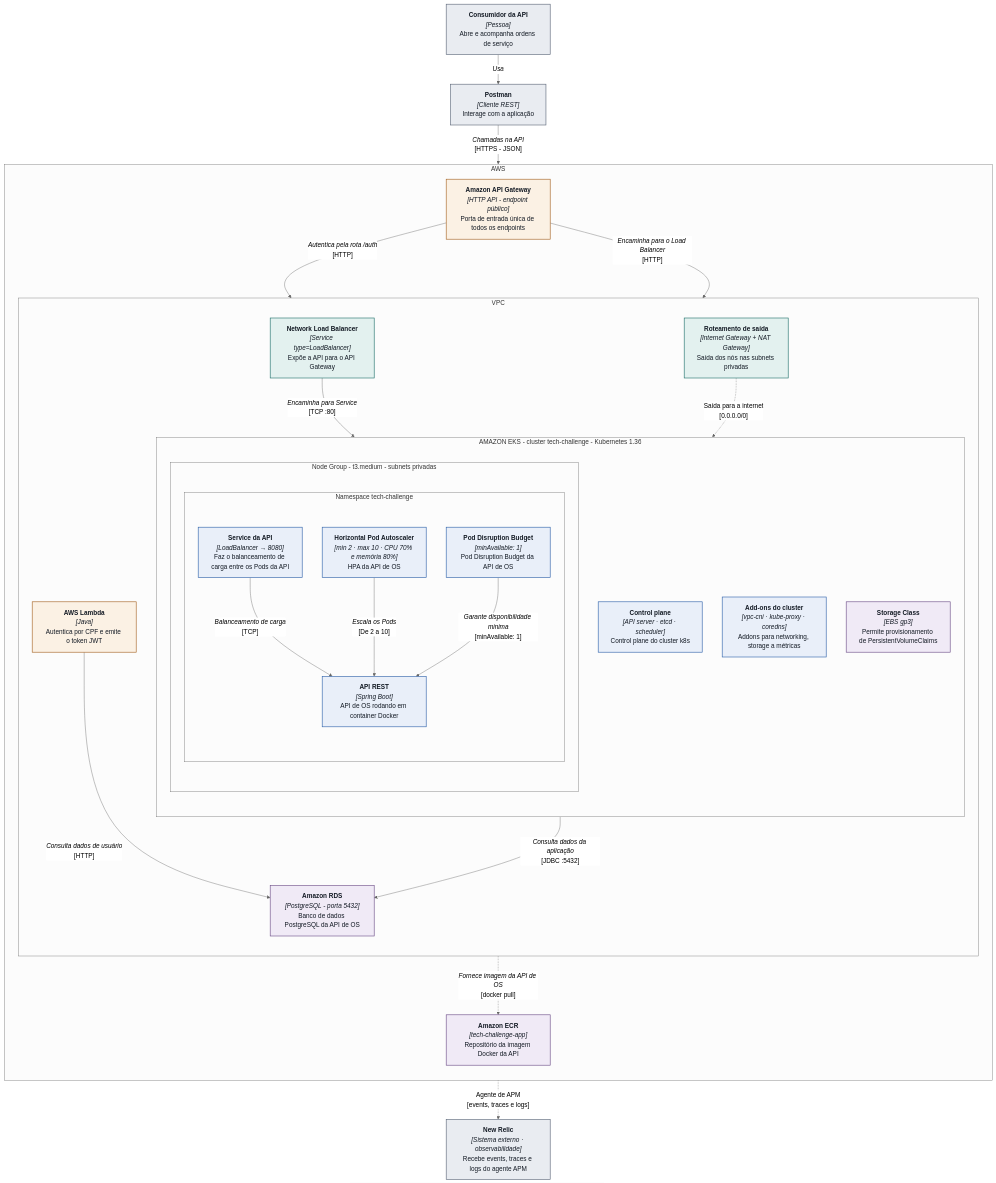
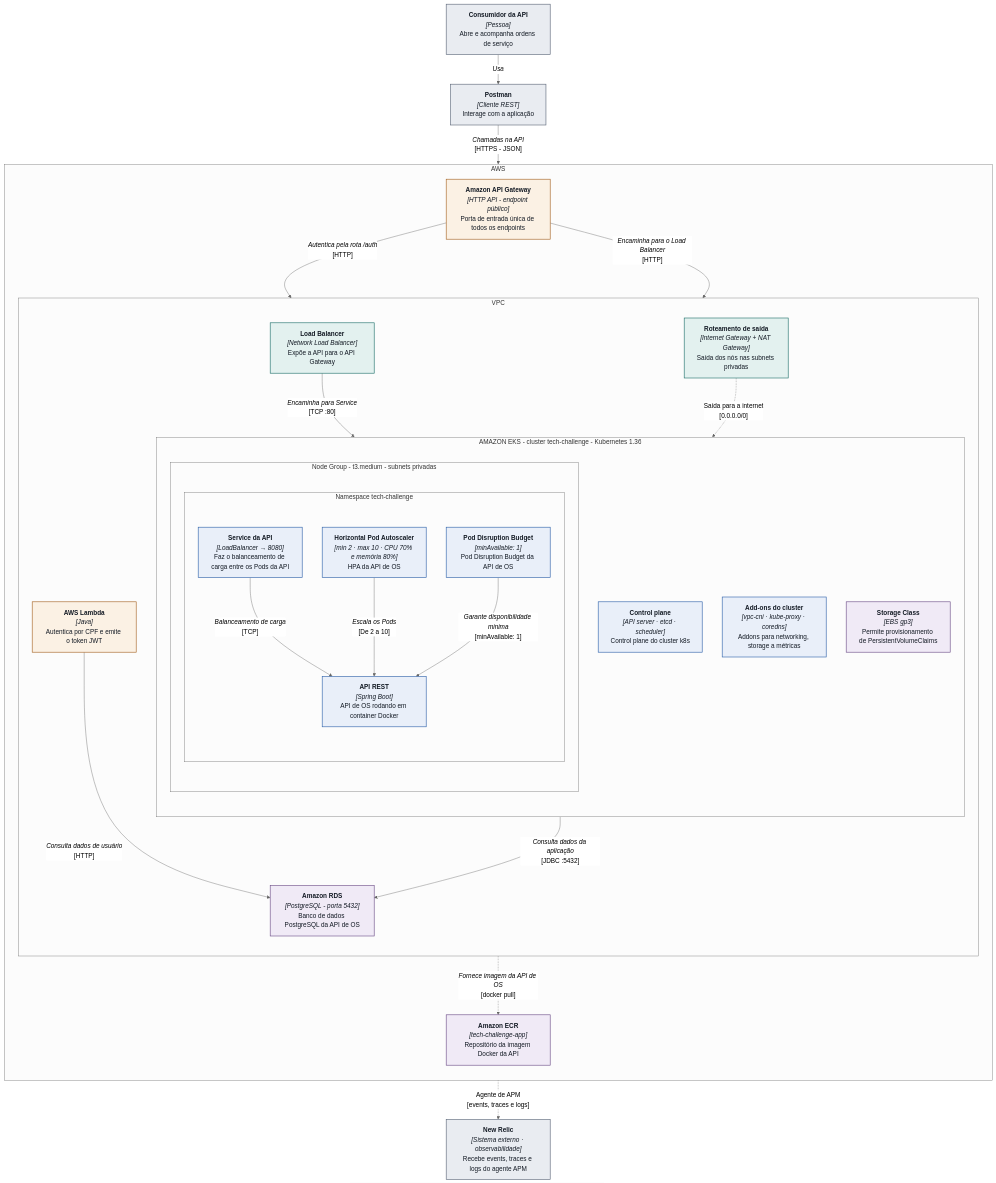
Before and after one commit to rafaelllsilva/fiap-fase3-infraestrutura: the diagram in docs/diagrama-componentes-c4.md, drawn with Mermaid (neutral theme). The commit also changed 2 other files, not shown here.

Commit message:
Atualizado diagrama de componentes com versão em PNG

````diff
--- a/docs/diagrama-componentes-c4.md
+++ b/docs/diagrama-componentes-c4.md
@@ -7,69 +7,69 @@
 ```mermaid
 flowchart TB
   classDef externo    fill:#E9ECF1,stroke:#5A6577,stroke-width:1.5px,color:#131A24
   classDef borda      fill:#FBF1E4,stroke:#A4611F,stroke-width:1.5px,color:#131A24
   classDef rede       fill:#E3F1EF,stroke:#1B6E68,stroke-width:1.5px,color:#131A24
   classDef k8s        fill:#E9EFF9,stroke:#2B5FA8,stroke-width:1.5px,color:#131A24
   classDef dados      fill:#F0EAF6,stroke:#6A4A85,stroke-width:1.5px,color:#131A24
 
   pessoa["<b>Consumidor da API</b><br/><i>[Pessoa]</i><br/>Abre e acompanha ordens de serviço"]
   postman["<b>Postman</b><br/><i>[Cliente REST]</i><br/>Interage com a aplicação"]
   newrelic["<b>New Relic</b><br/><i>[Sistema externo · observabilidade]</i><br/>Recebe events, traces e logs do agente APM"]
 
   subgraph aws["AWS"]
     direction TB
 
     apigw["<b>Amazon API Gateway</b><br/><i>[HTTP API - endpoint público]</i><br/>Porta de entrada única de todos os endpoints"]
     ecr["<b>Amazon ECR</b><br/><i>[tech-challenge-app]</i><br/>Repositório da imagem Docker da API"]
 
     subgraph vpc["VPC"]
       direction TB
 
-      nlb["<b>Network Load Balancer</b><br/><i>[Service type=LoadBalancer]</i><br/>Expõe a API para o API Gateway"]
+      nlb["<b>Load Balancer</b><br/><i>[Network Load Balancer]</i><br/>Expõe a API para o API Gateway"]
       rota["<b>Roteamento de saída</b><br/><i>[Internet Gateway + NAT Gateway]</i><br/>Saída dos nós nas subnets privadas"]
       rds["<b>Amazon RDS</b><br/><i>[PostgreSQL - porta 5432]</i><br/>Banco de dados PostgreSQL da API de OS"]
       lambda["<b>AWS Lambda</b><br/><i>[Java]</i><br/>Autentica por CPF e emite o token JWT"]
 
       subgraph eks["AMAZON EKS - cluster tech-challenge - Kubernetes 1.36"]
         direction TB
 
         cp["<b>Control plane</b><br/><i>[API server · etcd · scheduler]</i><br/>Control plane do cluster k8s"]
         addons["<b>Add-ons do cluster</b><br/><i>[vpc-cni · kube-proxy · coredns]</i><br/>Addons para networking, storage a métricas"]
         sc["<b>Storage Class</b><br/><i>[EBS gp3]</i><br/>Permite provisionamento de PersistentVolumeClaims"]
 
         subgraph ng["Node Group - t3.medium - subnets privadas"]
           direction TB
 
           subgraph ns["Namespace tech-challenge"]
             direction TB
 
             svcapi["<b>Service da API</b><br/><i>[LoadBalancer → 8080]</i><br/>Faz o balanceamento de carga entre os Pods da API"]
             hpa["<b>Horizontal Pod Autoscaler</b><br/><i>[min 2 · max 10 · CPU 70% e memória 80%]</i><br/>HPA da API de OS"]
             pdb["<b>Pod Disruption Budget</b><br/><i>[minAvailable: 1]</i><br/>Pod Disruption Budget da API de OS"]
             app["<b>API REST</b><br/><i>[Spring Boot]</i><br/>API de OS rodando em container Docker"]
           end
         end
       end
     end
   end
 
   pessoa   -->|"<i>Usa</i>"| postman
   postman  -->|"<i>Chamadas na API</i></br>[HTTPS - JSON]"| apigw
   apigw    -->|"<i>Autentica pela rota /auth</i></br>[HTTP]"| lambda
   apigw    -->|"<i>Encaminha para o Load Balancer</i></br>[HTTP]"| nlb
   lambda   -->|"<i>Consulta dados de usuário</i></br>[HTTP]"| rds
   nlb      -->|"<i>Encaminha para Service</i></br>[TCP :80]"| svcapi
   svcapi   -->|"<i>Balanceamento de carga</i></br>[TCP]"| app
   hpa      -->|"<i>Escala os Pods</i></br>[De 2 a 10]"| app
   pdb      -->|"<i>Garante disponibilidade minima</i></br>[minAvailable: 1]"| app
   app      -->|"<i>Consulta dados da aplicação</i></br>[JDBC :5432]"| rds
   app      -.->|"<i>Fornece imagem da API de OS</i></br>[docker pull]"| ecr
   rota     -.->|"<i></i>Saída para a internet</br>[0.0.0.0/0]"| ng
   app      -.->|"<i></i>Agente de APM</br>[events, traces e logs]"| newrelic
 
   class pessoa,postman,newrelic externo
   class apigw,lambda borda
   class nlb,rota rede
   class cp,addons,svcapi,hpa,pdb,app k8s
   class ecr,sc,rds dados
 ```
````
